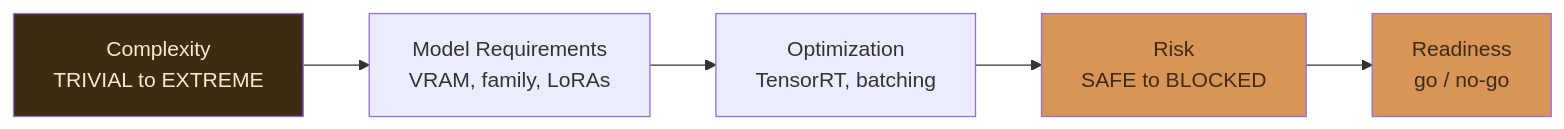
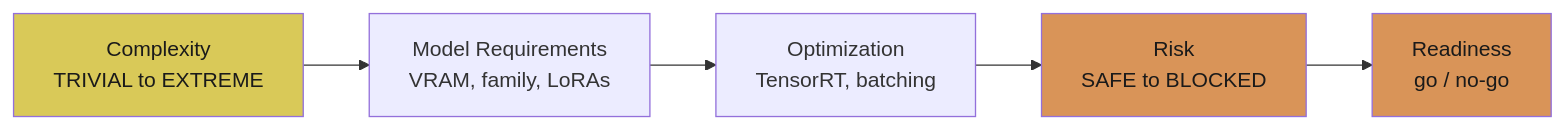
Before and after one commit to JosephOIbrahim/Comfy-Cozy: diagram 16 of 25 in README.md, drawn with Mermaid. The commit also changed other lines of this file, not shown here.

First line of the commit message:
[DOCS] Mermaid palette: two-tone muted orange/yellow with black text

````diff
--- a/README.md
+++ b/README.md
@@ -784,11 +784,11 @@
 ```mermaid
 graph LR
     C[Complexity<br/>TRIVIAL to EXTREME] --> M[Model Requirements<br/>VRAM, family, LoRAs]
     M --> O[Optimization<br/>TensorRT, batching]
     O --> R[Risk<br/>SAFE to BLOCKED]
     R --> RD[Readiness<br/>go / no-go]
 
-    style C fill:#3d2b14,color:#fde8cf
-    style R fill:#d99458,color:#3d2b14
-    style RD fill:#d99458,color:#3d2b14
+    style C fill:#d9c958,color:#1a1a1a
+    style R fill:#d99458,color:#1a1a1a
+    style RD fill:#d99458,color:#1a1a1a
 ```
````
